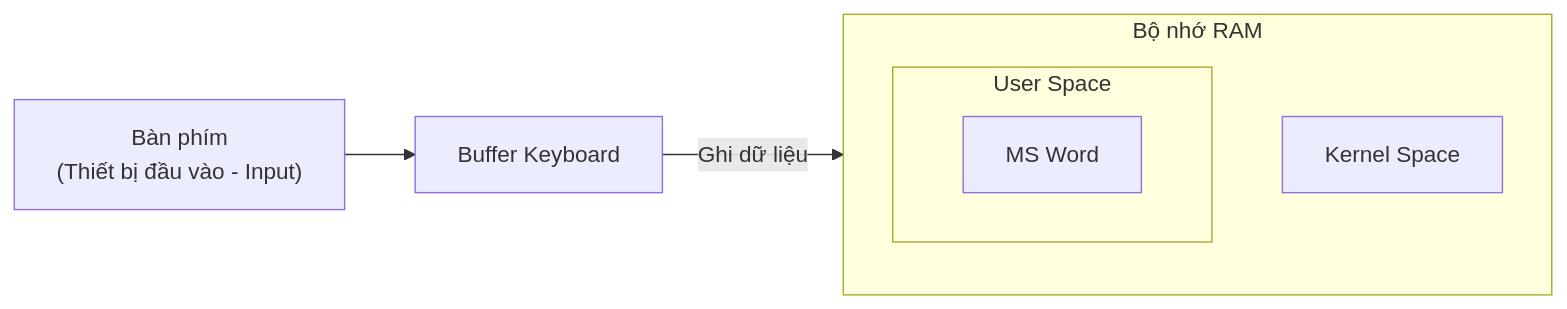
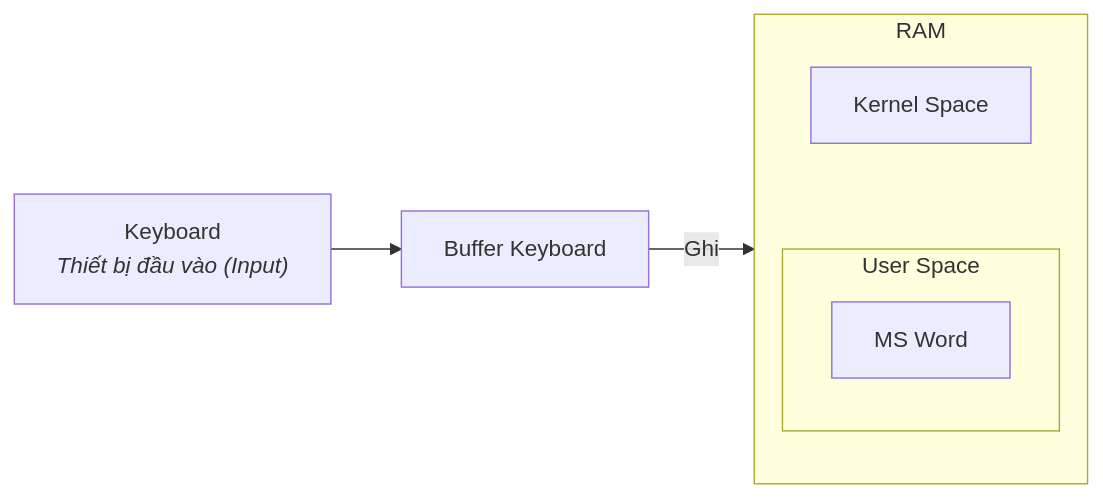
Before and after one commit to Duc-Lee/LLMserving_GPUoptimization: the ninth of 10 diagrams in OperatingSystem/OS_scratch/Concepts_OS/Intro_OS/Lession4.md, drawn with Mermaid. The commit also changed other lines of this file, not shown here.

````diff
--- a/OperatingSystem/OS_scratch/Concepts_OS/Intro_OS/Lession4.md
+++ b/OperatingSystem/OS_scratch/Concepts_OS/Intro_OS/Lession4.md
@@ -247,16 +223,14 @@
 ```mermaid
 flowchart LR
-    KB["Bàn phím<br/>(Thiết bị đầu vào - Input)"]
-    KB_BUF["Buffer Keyboard"]
+    KB["Keyboard<br/><i>Thiết bị đầu vào (Input)</i>"] --> KB_BUF["Buffer Keyboard"]
+    KB_BUF -- "Ghi" --> WORD
 
-    subgraph RAM ["Bộ nhớ RAM"]
+    subgraph RAM ["RAM"]
         direction TB
         KS["Kernel Space"]
         subgraph US ["User Space"]
             WORD["MS Word"]
         end
+        KS ~~~ US
     end
-
-    KB --> KB_BUF
-    KB_BUF -- "Ghi dữ liệu" --> US
 ```
````
